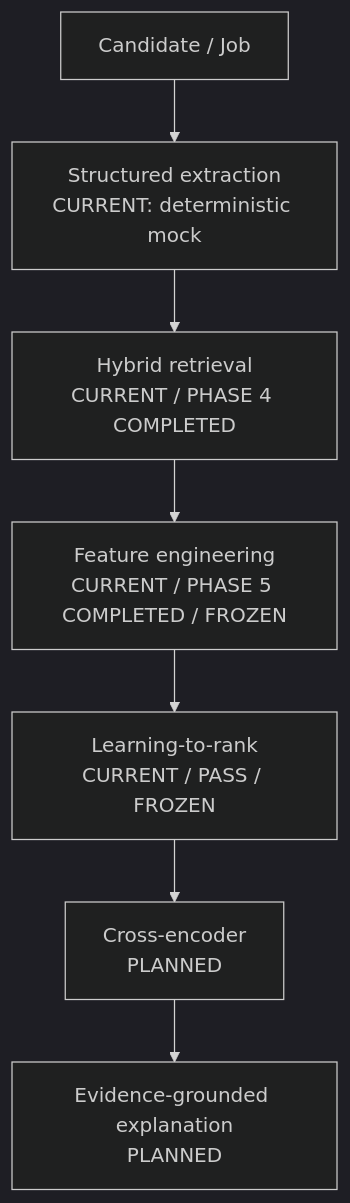
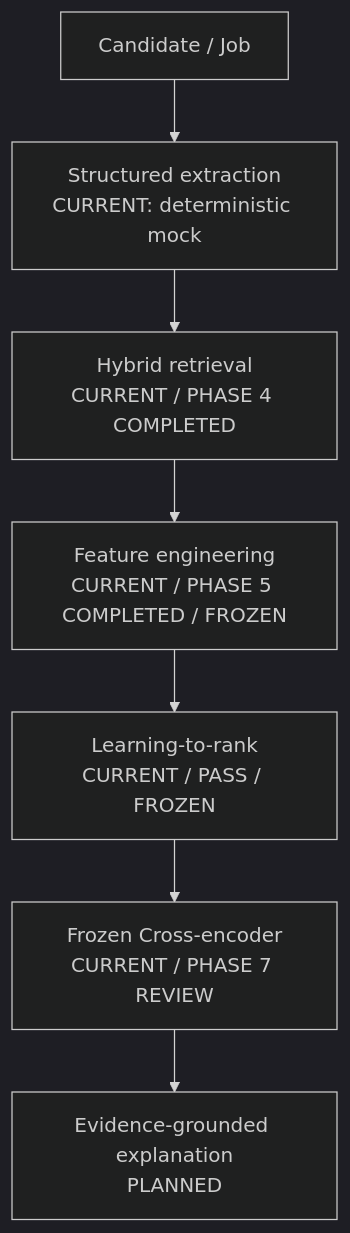
The second of 2 diagrams in docs/architecture.md (rM0on/peoplematch-agent), drawn with Mermaid (dark theme) before and after one commit. The commit also changed other lines of this file and 36 other files, not shown here.

Commit message:
feat: add auditable cross-encoder reranking experiment

````diff
--- a/docs/architecture.md
+++ b/docs/architecture.md
@@ -60,9 +61,9 @@
 ```mermaid
 flowchart TD
     Input["Candidate / Job"] --> Parser["Structured extraction\nCURRENT: deterministic mock"]
     Parser --> Retrieval["Hybrid retrieval\nCURRENT / PHASE 4 COMPLETED"]
 Retrieval --> Features["Feature engineering\nCURRENT / PHASE 5 COMPLETED / FROZEN"]
     Features --> LTR["Learning-to-rank\nCURRENT / PASS / FROZEN"]
-    LTR --> CrossEncoder["Cross-encoder\nPLANNED"]
+    LTR --> CrossEncoder["Frozen Cross-encoder\nCURRENT / PHASE 7 REVIEW"]
     CrossEncoder --> Explanation["Evidence-grounded explanation\nPLANNED"]
 ```
````
